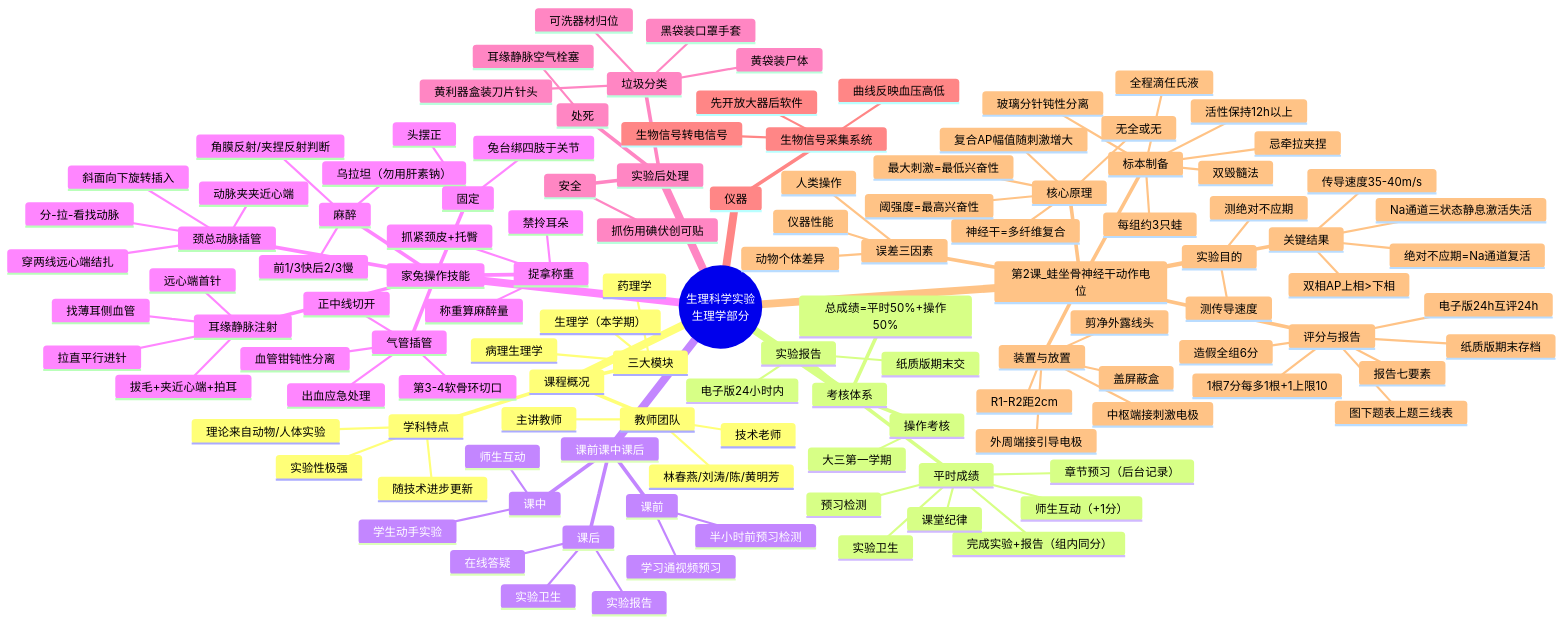
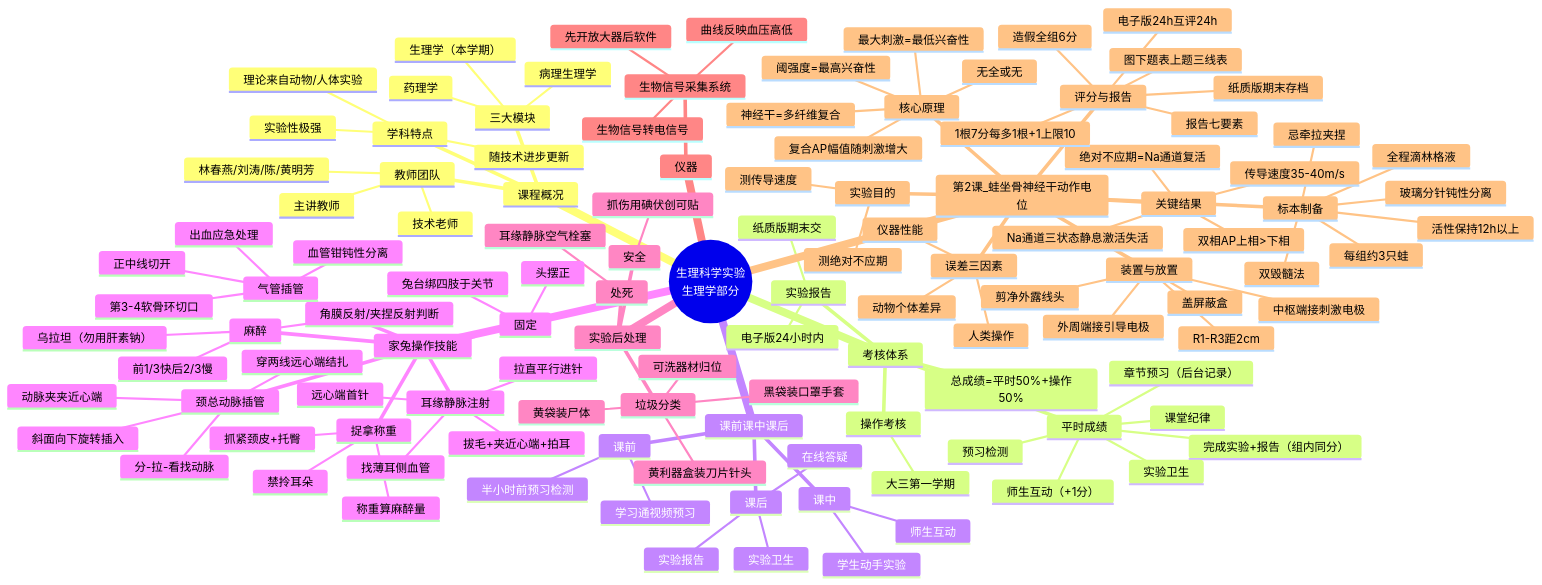
The diagram in 03_生理科学实验（医学机能学实验）/知识框架与思维导图.md (braisvg/public-notes), drawn with Mermaid before and after one commit. The commit also changed other lines of this file and 43 other files, not shown here.

```diff
--- a/03_生理科学实验（医学机能学实验）/知识框架与思维导图.md
+++ b/03_生理科学实验（医学机能学实验）/知识框架与思维导图.md
@@ -94,12 +94,12 @@
         双毁髓法
         玻璃分针钝性分离
         忌牵拉夹捏
-        全程滴任氏液
+        全程滴林格液
         活性保持12h以上
       装置与放置
         中枢端接刺激电极
         外周端接引导电极
-        R1-R2距2cm
+        R1-R3距2cm
         剪净外露线头
         盖屏蔽盒
       核心原理
```
